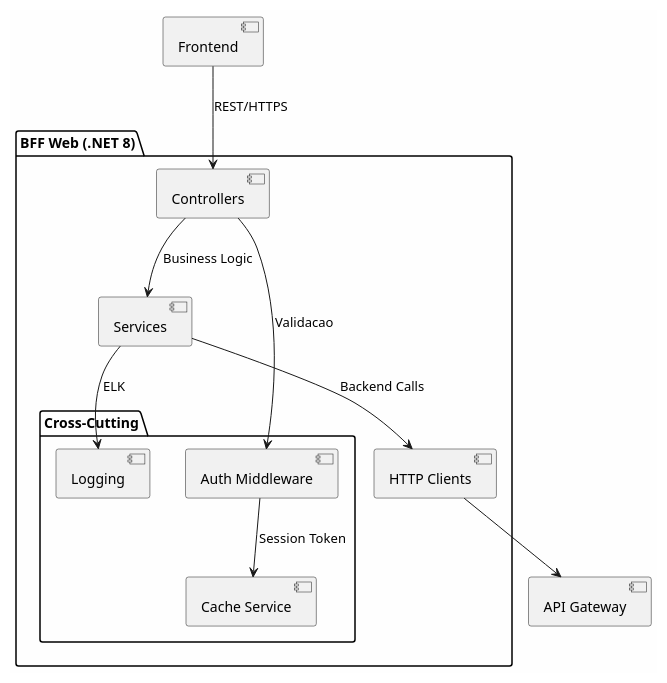
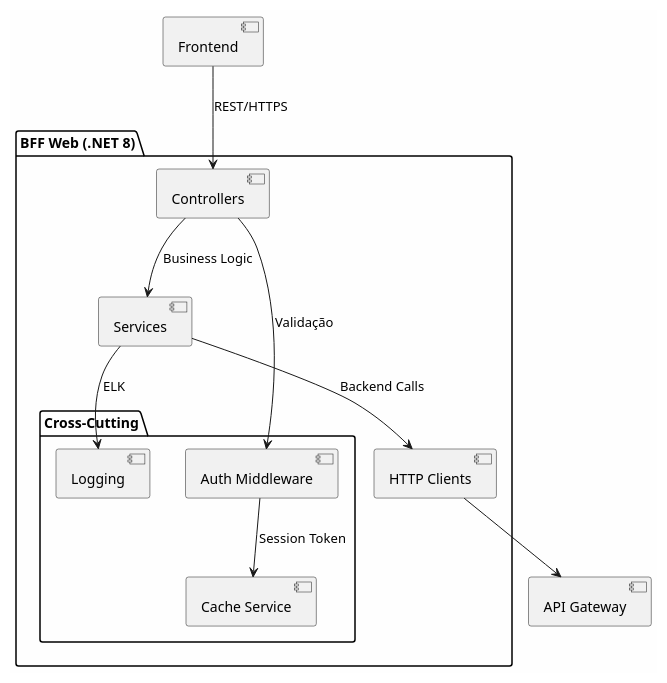
Before and after one commit to beduardo/novobanco_website_doc: the first of 2 diagrams in project/sections/SEC-05-arquitetura-backend-servicos.md, drawn with PlantUML. The commit also changed other lines of this file and 21 other files, not shown here.

````diff
--- a/project/sections/SEC-05-arquitetura-backend-servicos.md
+++ b/project/sections/SEC-05-arquitetura-backend-servicos.md
@@ -61,26 +61,26 @@
 ```plantuml
 @startuml
 skinparam backgroundColor #FEFEFE
 
 package "BFF Web (.NET 8)" {
     [Controllers] as CTRL
     [Services] as SVC
     [HTTP Clients] as HTTP
 
     package "Cross-Cutting" {
         [Auth Middleware] as AUTH
         [Cache Service] as CACHE
         [Logging] as LOG
     }
 }
 
 [Frontend] --> CTRL : REST/HTTPS
-CTRL --> AUTH : Validacao
+CTRL --> AUTH : Validação
 AUTH --> CACHE : Session Token
 CTRL --> SVC : Business Logic
 SVC --> HTTP : Backend Calls
 HTTP --> [API Gateway]
 SVC --> LOG : ELK
 
 @enduml
 ```
````
